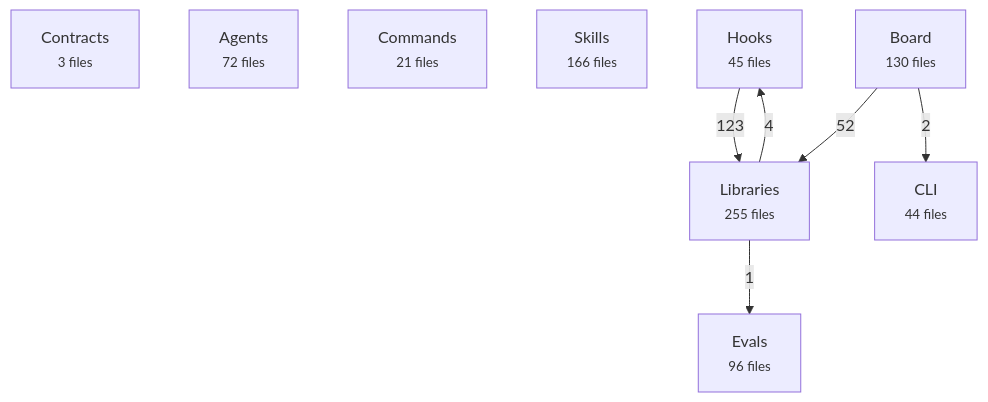
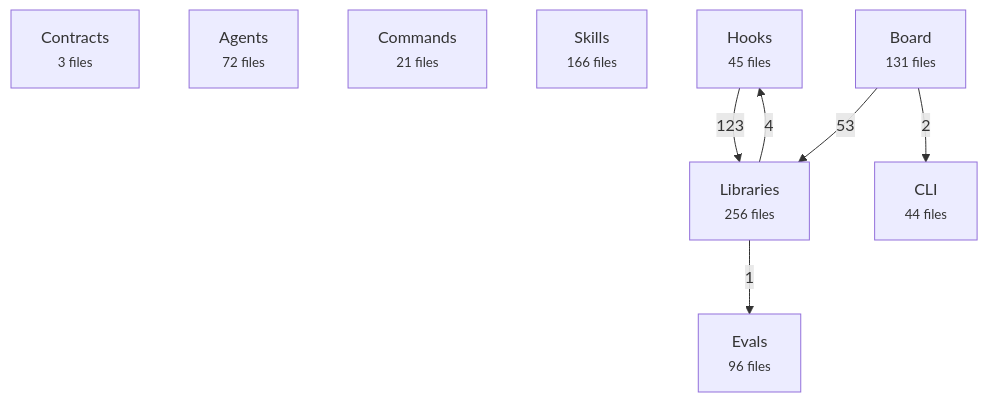
The first of 2 diagrams in docs/reference/architecture-map.md (avelikiy/great_cto), drawn with Mermaid before and after one commit. The commit also changed other lines of this file and 17 other files, not shown here.

````diff
--- a/docs/reference/architecture-map.md
+++ b/docs/reference/architecture-map.md
@@ -20,17 +20,17 @@
 ```mermaid
 flowchart TD
   contracts["Contracts<br/><small>3 files</small>"]
   agents["Agents<br/><small>72 files</small>"]
   commands["Commands<br/><small>21 files</small>"]
   skills["Skills<br/><small>166 files</small>"]
   hooks["Hooks<br/><small>45 files</small>"]
-  libs["Libraries<br/><small>255 files</small>"]
-  board["Board<br/><small>130 files</small>"]
+  libs["Libraries<br/><small>256 files</small>"]
+  board["Board<br/><small>131 files</small>"]
   cli["CLI<br/><small>44 files</small>"]
   evals["Evals<br/><small>96 files</small>"]
   hooks -->|123| libs
-  board -->|52| libs
+  board -->|53| libs
   libs -->|4| hooks
   board -->|2| cli
   libs -->|1| evals
 ```
````
